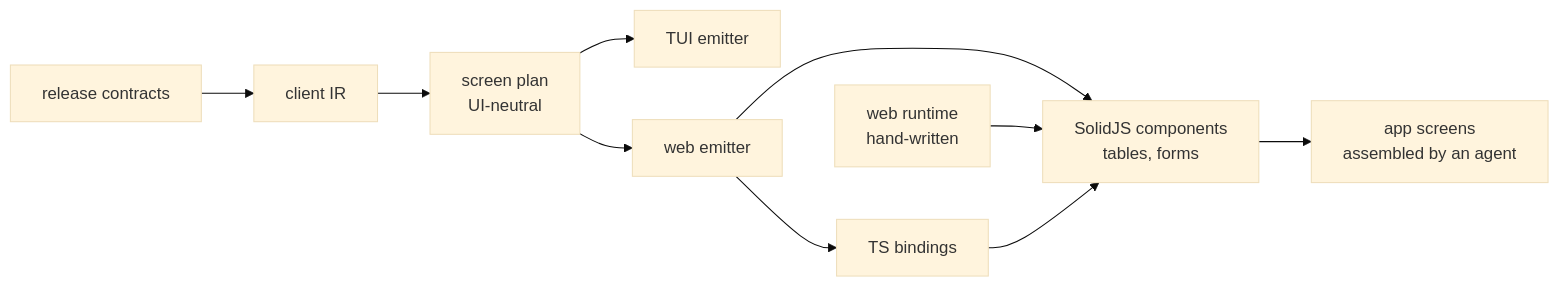
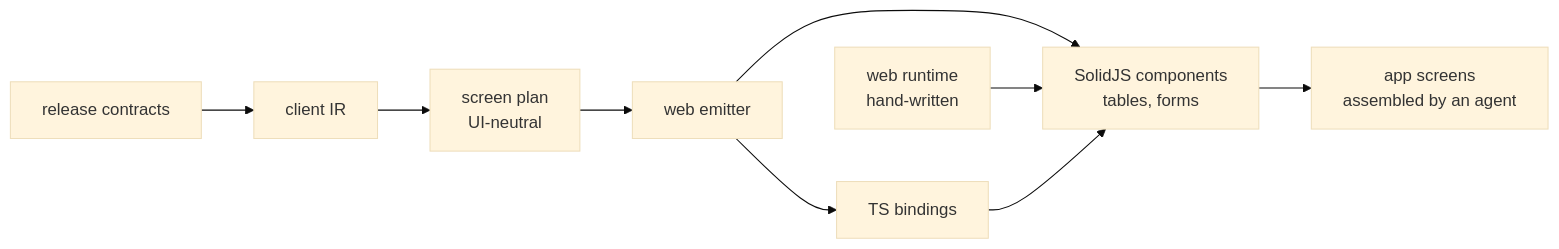
Before and after one commit to dkkloimwieder/wamn: the diagram in docs/plan/web-operator-client.md, drawn with Mermaid (base theme). The commit also changed other lines of this file and 7 other files, not shown here.

````diff
--- a/docs/plan/web-operator-client.md
+++ b/docs/plan/web-operator-client.md
@@ -45,12 +44,11 @@
 ```mermaid
 flowchart LR
   C[release contracts] --> IR[client IR]
   IR --> PL[screen plan<br/>UI-neutral]
-  PL --> T[TUI emitter]
   PL --> W[web emitter]
   W --> B[TS bindings]
   W --> S[SolidJS components<br/>tables, forms]
   R[web runtime<br/>hand-written] --> S
   B --> S
   S --> A[app screens<br/>assembled by an agent]
 ```
````
